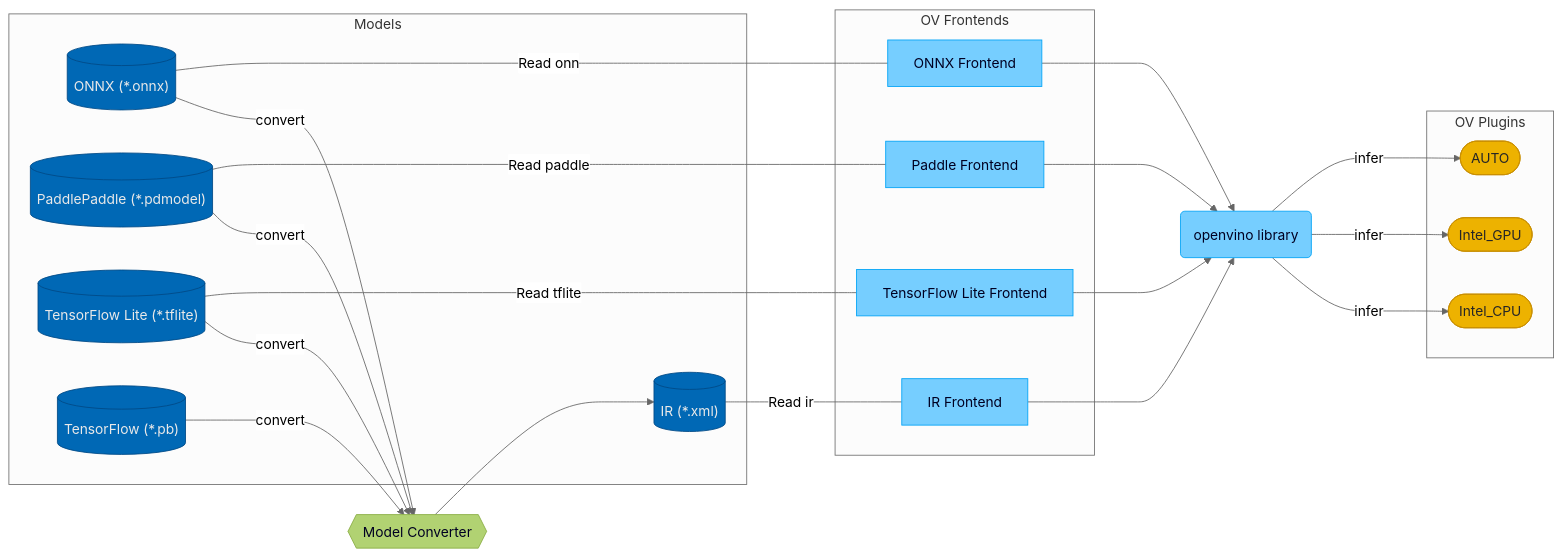
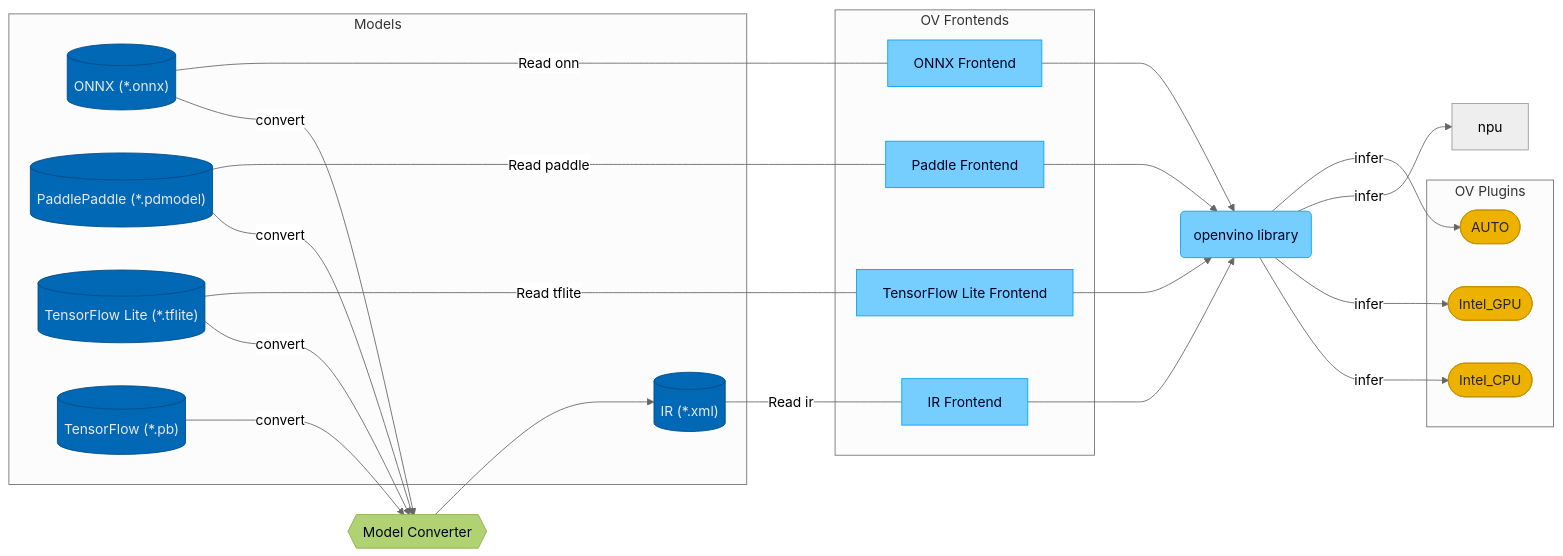
Before and after one commit to openvinotoolkit/openvino: the diagram in docs/dev/index.md, drawn with Mermaid (neutral theme). The commit also changed 2 other files, not shown here.

Commit message:
address comments

````diff
--- a/docs/dev/index.md
+++ b/docs/dev/index.md
@@ -7,55 +7,56 @@
 ```mermaid
 flowchart LR
     subgraph models [Models]
         ir[("IR (*.xml)")]
         onnx[("ONNX (*.onnx)")]
         paddle[("PaddlePaddle (*.pdmodel)")]
         tflite[("TensorFlow Lite (*.tflite)")]
         tf[("TensorFlow (*.pb)")]
         classDef blue3 fill:#0068B5, stroke: #004A86, color: #E9E9E9
         class ir,onnx,paddle,tflite,tf blue3
 
         click onnx "https://github.com/onnx/onnx"
     end
 
     mo{{Model Converter}}
     classDef mos fill:#B1D272, stroke: #8BAE46, color: #000022
     class mo mos
 
     onnx--convert--->mo
     paddle--convert--->mo
     tflite--convert--->mo
     tf--convert--->mo
     mo--->ir
 
     subgraph plugins [OV Plugins]
         auto(["AUTO"])
         cpu(["Intel_CPU"])
         gpu(["Intel_GPU"])
         classDef daisy3 fill:#EDB200, stroke: #C98F00, color: #262626
         class auto,cpu,gpu daisy3
     end
     subgraph frontends [OV Frontends]
         ir_fe["IR Frontend"]
         onnx_fe["ONNX Frontend"]
         tflite_fe["TensorFlow Lite Frontend"]
         paddle_fe["Paddle Frontend"]
         classDef blue1 fill:#76CEFF, stroke: #00A3F6, color: #000022
         class ir_fe,onnx_fe,tflite_fe,paddle_fe blue1
     end
     openvino(openvino library)
     ir--Read ir---ir_fe
     onnx--Read onnx--- onnx_fe
     paddle--Read paddle---paddle_fe
     tflite--Read tflite---tflite_fe
     ir_fe--->openvino
     onnx_fe--->openvino
     paddle_fe--->openvino
     tflite_fe--->openvino
 
     openvino--infer--->cpu
     openvino--infer--->gpu
+    openvino--infer--->npu
     openvino--infer--->auto
     classDef blue1 fill:#76CEFF, stroke: #00A3F6, color: #000022
     class openvino blue1
 ```
````
